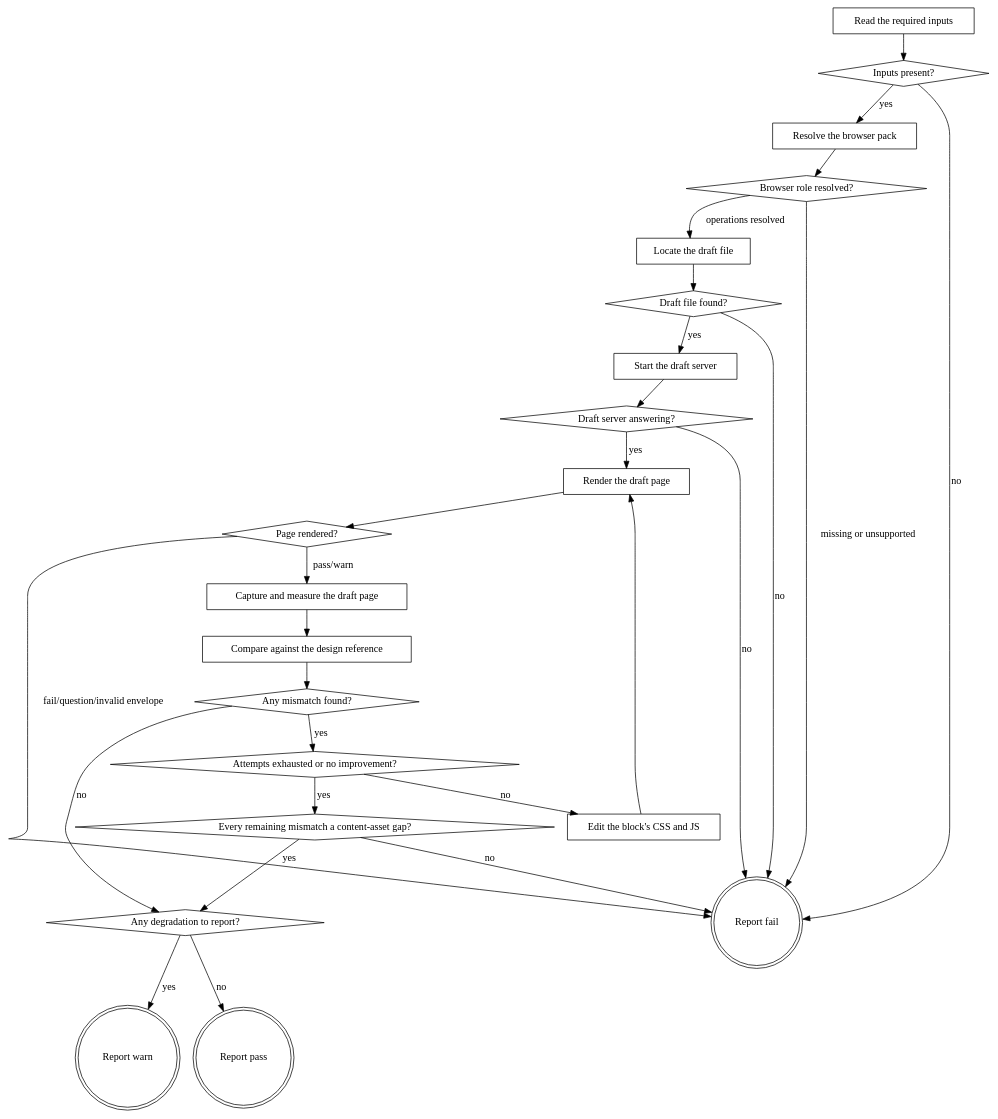
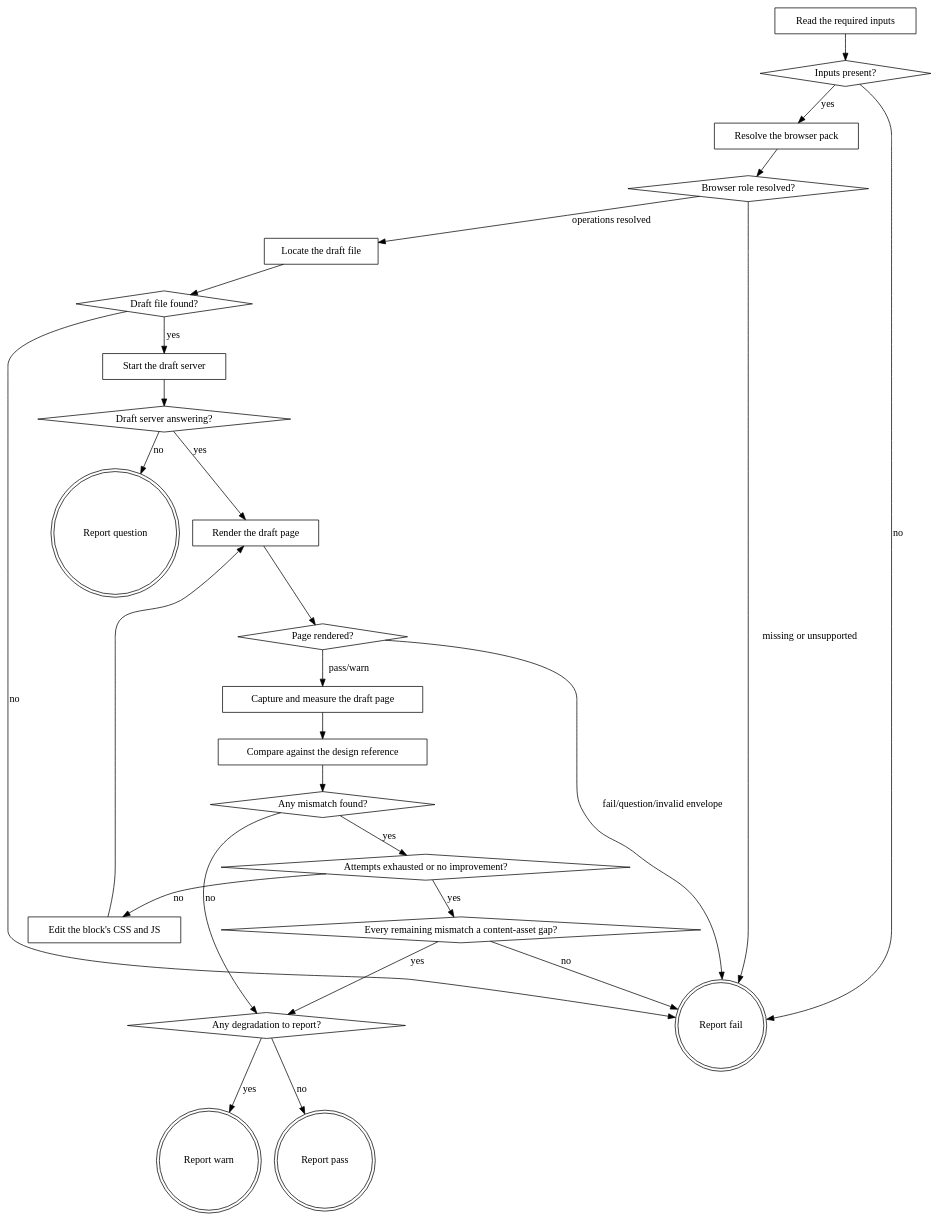
The diagram in plugins/eds/skills/eds-verify-design/SKILL.md (agenticDraft/aem-eds-ai-workflow-demo), drawn with Graphviz before and after one commit. The commit also changed other lines of this file and 15 other files, not shown here.

````diff
--- a/plugins/eds/skills/eds-verify-design/SKILL.md
+++ b/plugins/eds/skills/eds-verify-design/SKILL.md
@@ -57,51 +43,52 @@
 ```dot
 digraph eds_verify_design {
     "Read the required inputs" [shape=box];
     "Inputs present?" [shape=diamond];
     "Resolve the browser pack" [shape=box];
     "Browser role resolved?" [shape=diamond];
     "Locate the draft file" [shape=box];
     "Draft file found?" [shape=diamond];
     "Start the draft server" [shape=box];
     "Draft server answering?" [shape=diamond];
     "Render the draft page" [shape=box];
     "Page rendered?" [shape=diamond];
     "Capture and measure the draft page" [shape=box];
     "Compare against the design reference" [shape=box];
     "Any mismatch found?" [shape=diamond];
     "Attempts exhausted or no improvement?" [shape=diamond];
     "Every remaining mismatch a content-asset gap?" [shape=diamond];
     "Edit the block's CSS and JS" [shape=box];
     "Any degradation to report?" [shape=diamond];
     "Report fail" [shape=doublecircle];
+    "Report question" [shape=doublecircle];
     "Report warn" [shape=doublecircle];
     "Report pass" [shape=doublecircle];
 
     "Read the required inputs" -> "Inputs present?";
     "Inputs present?" -> "Resolve the browser pack" [label="yes"];
     "Inputs present?" -> "Report fail" [label="no"];
     "Resolve the browser pack" -> "Browser role resolved?";
     "Browser role resolved?" -> "Locate the draft file" [label="operations resolved"];
     "Browser role resolved?" -> "Report fail" [label="missing or unsupported"];
     "Locate the draft file" -> "Draft file found?";
     "Draft file found?" -> "Start the draft server" [label="yes"];
     "Draft file found?" -> "Report fail" [label="no"];
     "Start the draft server" -> "Draft server answering?";
     "Draft server answering?" -> "Render the draft page" [label="yes"];
-    "Draft server answering?" -> "Report fail" [label="no"];
+    "Draft server answering?" -> "Report question" [label="no"];
     "Render the draft page" -> "Page rendered?";
     "Page rendered?" -> "Capture and measure the draft page" [label="pass/warn"];
     "Page rendered?" -> "Report fail" [label="fail/question/invalid envelope"];
     "Capture and measure the draft page" -> "Compare against the design reference";
     "Compare against the design reference" -> "Any mismatch found?";
     "Any mismatch found?" -> "Any degradation to report?" [label="no"];
     "Any mismatch found?" -> "Attempts exhausted or no improvement?" [label="yes"];
     "Attempts exhausted or no improvement?" -> "Every remaining mismatch a content-asset gap?" [label="yes"];
     "Attempts exhausted or no improvement?" -> "Edit the block's CSS and JS" [label="no"];
     "Every remaining mismatch a content-asset gap?" -> "Any degradation to report?" [label="yes"];
     "Every remaining mismatch a content-asset gap?" -> "Report fail" [label="no"];
     "Edit the block's CSS and JS" -> "Render the draft page";
     "Any degradation to report?" -> "Report warn" [label="yes"];
     "Any degradation to report?" -> "Report pass" [label="no"];
 }
 ```
````
